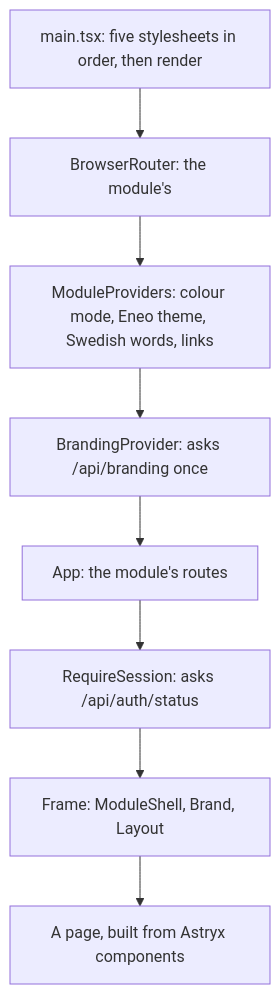
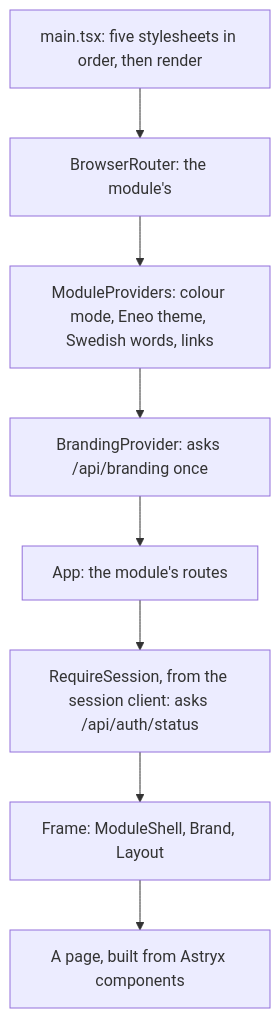
The ninth of 14 diagrams in docs/architecture.md (eneo-ai/eneo-module-kit), drawn with Mermaid before and after one commit. The commit also changed other lines of this file and 13 other files, not shown here.

Commit message:
docs: the session client is built: README, UI package and build guides, design section 5, security checklist, K15, glossary, the session flow diagram

````diff
--- a/docs/architecture.md
+++ b/docs/architecture.md
@@ -237,10 +237,10 @@
 ```mermaid
 flowchart TB
   main["main.tsx: five stylesheets in order, then render"] --> router["BrowserRouter: the module's"]
   router --> mp["ModuleProviders: colour mode, Eneo theme, Swedish words, links"]
   mp --> bp["BrandingProvider: asks /api/branding once"]
   bp --> app["App: the module's routes"]
-  app --> rs["RequireSession: asks /api/auth/status"]
+  app --> rs["RequireSession, from the session client: asks /api/auth/status"]
   rs --> frame["Frame: ModuleShell, Brand, Layout"]
   frame --> page["A page, built from Astryx components"]
 ```
````
